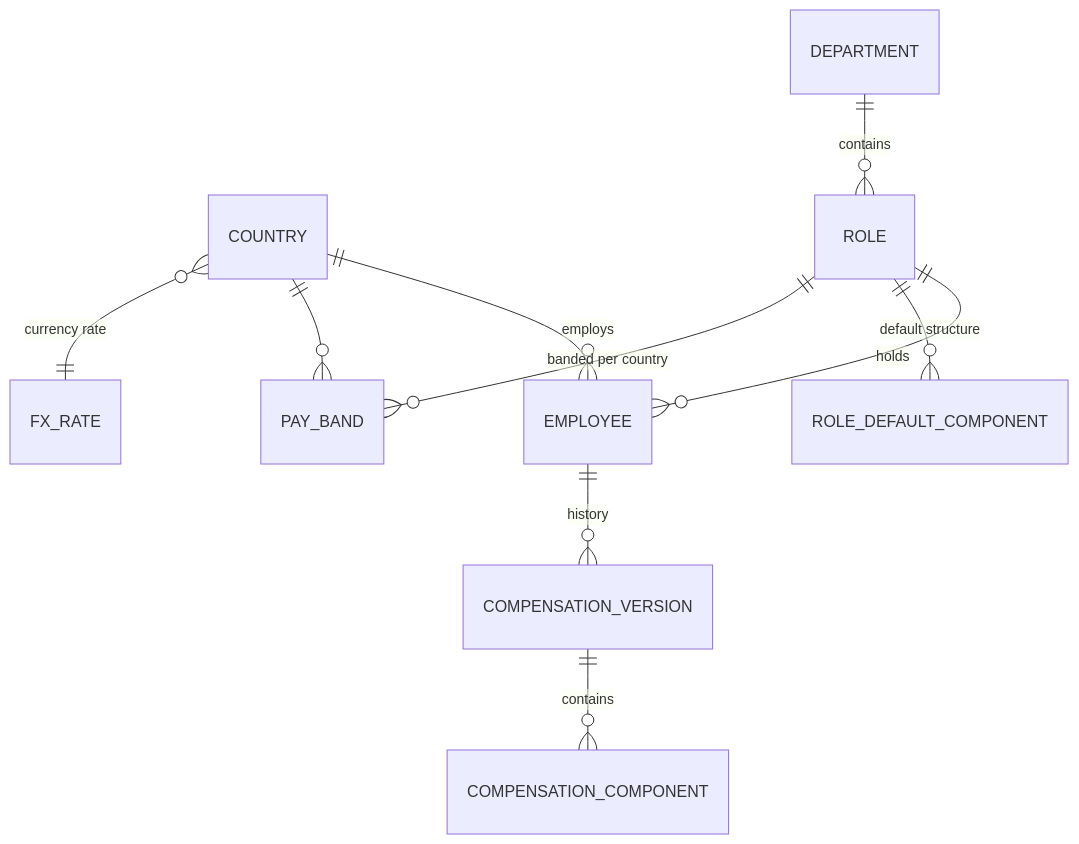
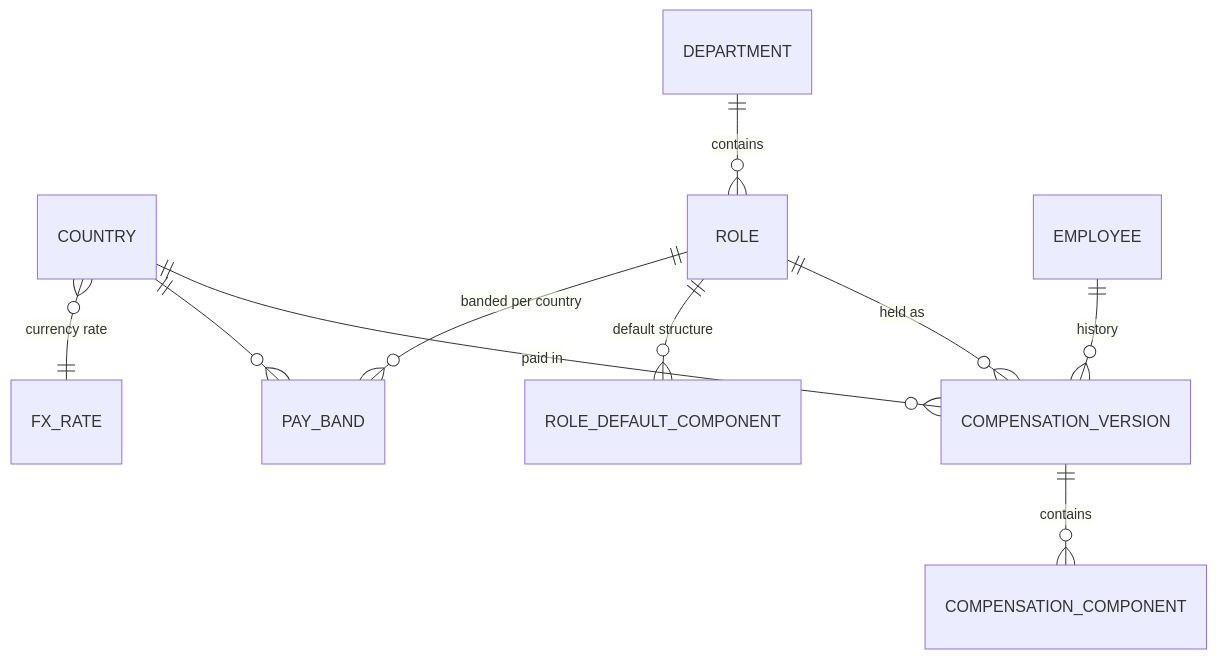
The second of 3 diagrams in docs/ARCHITECTURE.md (akthakur04/salary-management), drawn with Mermaid before and after one commit. The commit also changed other lines of this file and 3 other files, not shown here.

First line of the commit message:
docs: record role and country on versions, and log phase 3

````diff
--- a/docs/ARCHITECTURE.md
+++ b/docs/ARCHITECTURE.md
@@ -73,12 +73,12 @@
 ```mermaid
 erDiagram
-    COUNTRY ||--o{ EMPLOYEE : employs
+    COUNTRY ||--o{ COMPENSATION_VERSION : "paid in"
     DEPARTMENT ||--o{ ROLE : contains
-    ROLE ||--o{ EMPLOYEE : holds
+    ROLE ||--o{ COMPENSATION_VERSION : "held as"
     ROLE ||--o{ ROLE_DEFAULT_COMPONENT : "default structure"
     ROLE ||--o{ PAY_BAND : "banded per country"
     COUNTRY ||--o{ PAY_BAND : ""
     EMPLOYEE ||--o{ COMPENSATION_VERSION : "history"
     COMPENSATION_VERSION ||--o{ COMPENSATION_COMPONENT : contains
     COUNTRY }o--|| FX_RATE : "currency rate"
 ```
````
